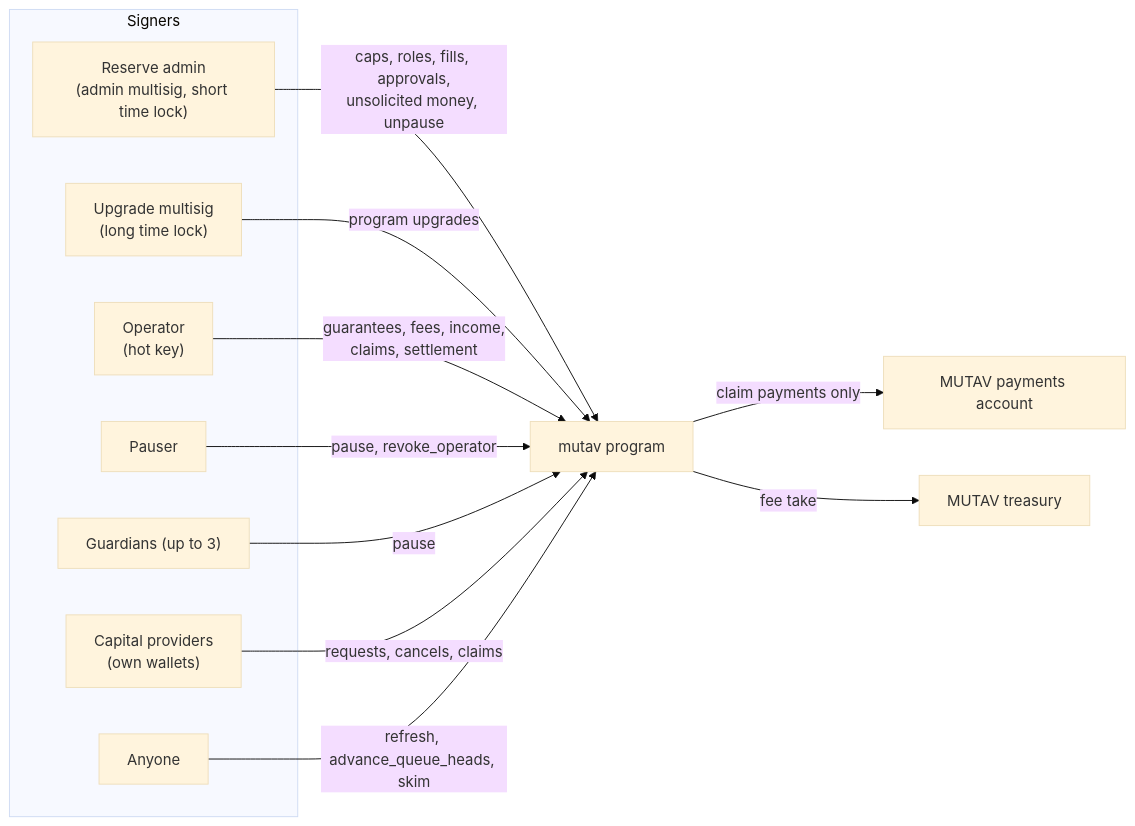
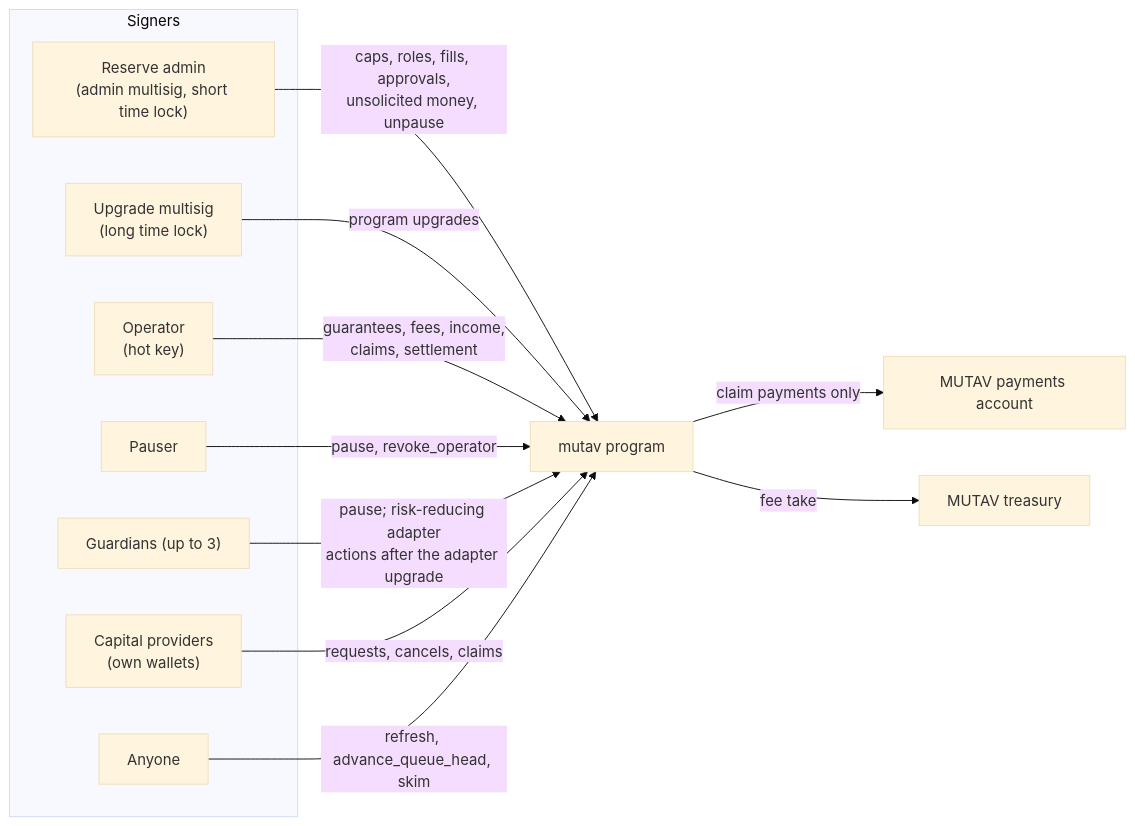
The diagram in docs/security/README.md (mutav-finance/mutav-protocol-solana), drawn with Mermaid (base theme) before and after one commit. The commit also changed other lines of this file and 41 other files, not shown here.

````diff
--- a/docs/security/README.md
+++ b/docs/security/README.md
@@ -32,22 +32,22 @@
 ```mermaid
 flowchart LR
     subgraph Signers
         A["Reserve admin<br/>(admin multisig, short time lock)"]
         U["Upgrade multisig<br/>(long time lock)"]
         O["Operator<br/>(hot key)"]
         P["Pauser"]
         G["Guardians (up to 3)"]
         I["Capital providers<br/>(own wallets)"]
         X["Anyone"]
     end
     M["mutav program"]
     A -->|caps, roles, fills, approvals,<br/>unsolicited money, unpause| M
     U -->|program upgrades| M
     O -->|guarantees, fees, income,<br/>claims, settlement| M
     P -->|pause, revoke_operator| M
-    G -->|pause| M
+    G -->|pause; risk-reducing adapter<br/>actions after the adapter upgrade| M
     I -->|requests, cancels, claims| M
-    X -->|refresh, advance_queue_heads, skim| M
+    X -->|refresh, advance_queue_head, skim| M
     M -->|claim payments only| PA["MUTAV payments account"]
     M -->|fee take| T["MUTAV treasury"]
 ```
````
